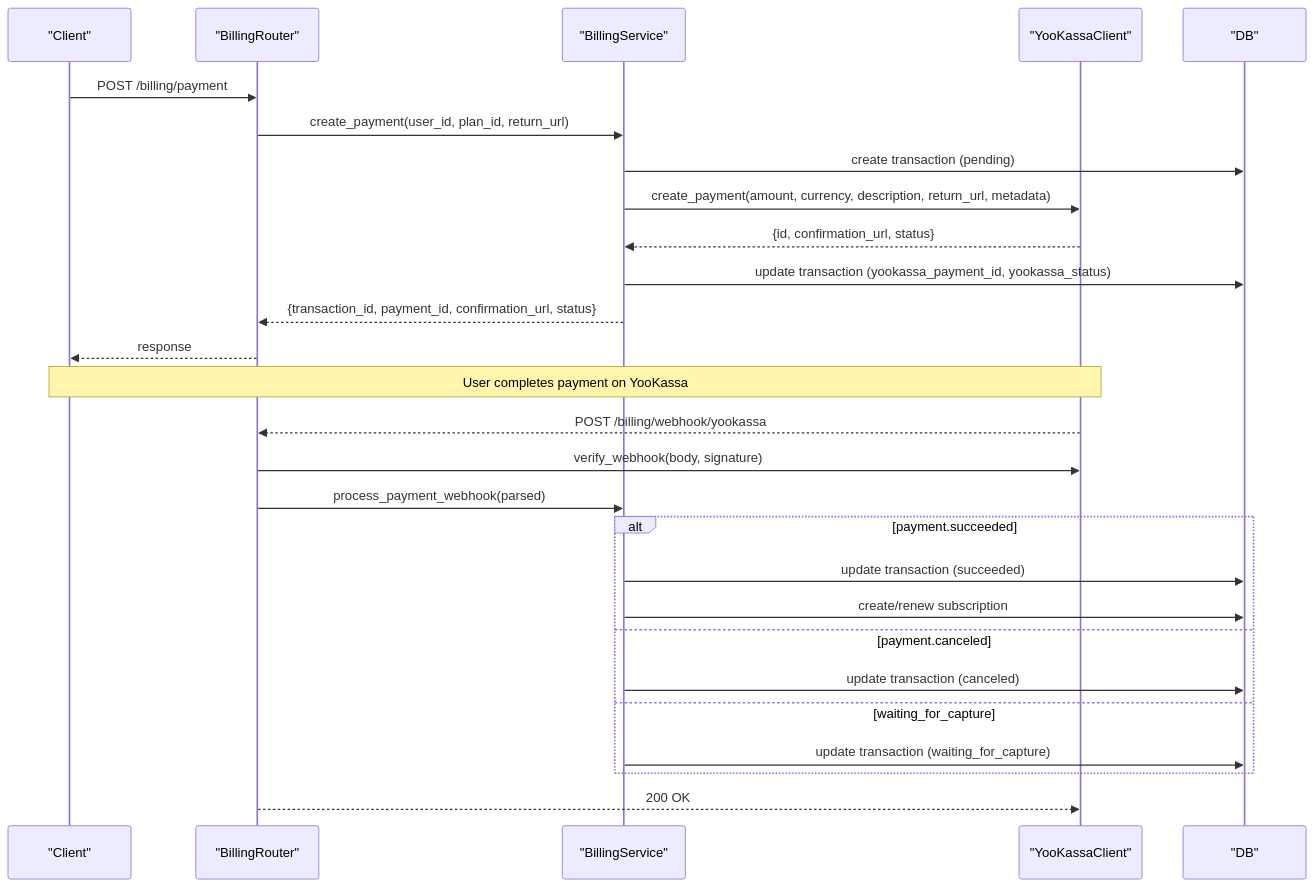
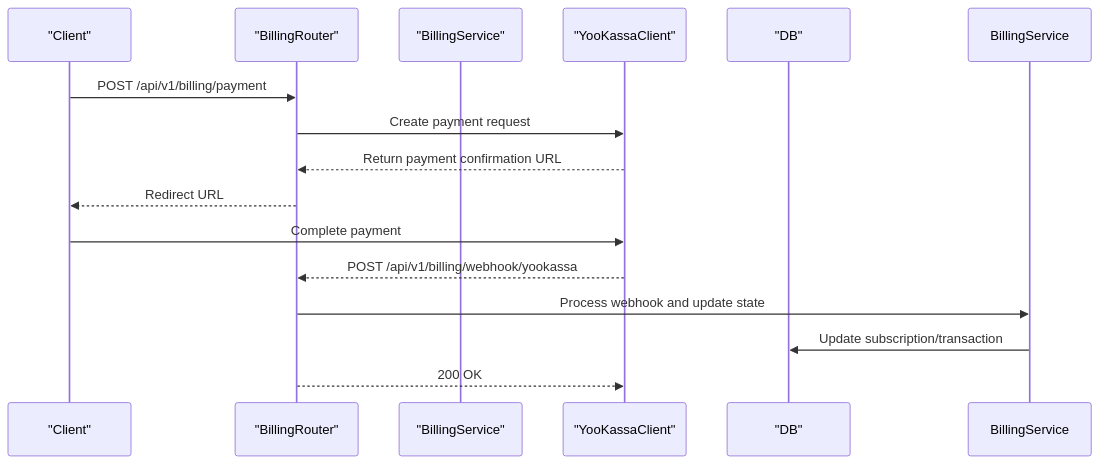
Before and after one commit to yshishenya/open-webui: the third of 5 diagrams in .qoder/repowiki/en/content/Data Model/System and Metadata Data Model/Billing Data Model.md, drawn with Mermaid. The commit also changed other lines of this file and 345 other files, not shown here.

````diff
--- a/.qoder/repowiki/en/content/Data Model/System and Metadata Data Model/Billing Data Model.md
+++ b/.qoder/repowiki/en/content/Data Model/System and Metadata Data Model/Billing Data Model.md
@@ -341,29 +379,17 @@
 ```mermaid
 sequenceDiagram
 participant Client as "Client"
 participant Router as "BillingRouter"
 participant Service as "BillingService"
 participant YK as "YooKassaClient"
 participant DB as "DB"
-Client->>Router : POST /billing/payment
-Router->>Service : create_payment(user_id, plan_id, return_url)
-Service->>DB : create transaction (pending)
-Service->>YK : create_payment(amount, currency, description, return_url, metadata)
-YK-->>Service : {id, confirmation_url, status}
-Service->>DB : update transaction (yookassa_payment_id, yookassa_status)
-Service-->>Router : {transaction_id, payment_id, confirmation_url, status}
-Router-->>Client : response
-Note over Client,YK : User completes payment on YooKassa
-YK-->>Router : POST /billing/webhook/yookassa
-Router->>YK : verify_webhook(body, signature)
-Router->>Service : process_payment_webhook(parsed)
-alt payment.succeeded
-Service->>DB : update transaction (succeeded)
-Service->>DB : create/renew subscription
-else payment.canceled
-Service->>DB : update transaction (canceled)
-else waiting_for_capture
-Service->>DB : update transaction (waiting_for_capture)
-end
+Client->>Router : POST /api/v1/billing/payment
+Router->>YK : Create payment request
+YK-->>Router : Return payment confirmation URL
+Router-->>Client : Redirect URL
+Client->>YK : Complete payment
+YK-->>Router : POST /api/v1/billing/webhook/yookassa
+Router->>BillingService : Process webhook and update state
+BillingService->>DB : Update subscription/transaction
 Router-->>YK : 200 OK
 ```
````
